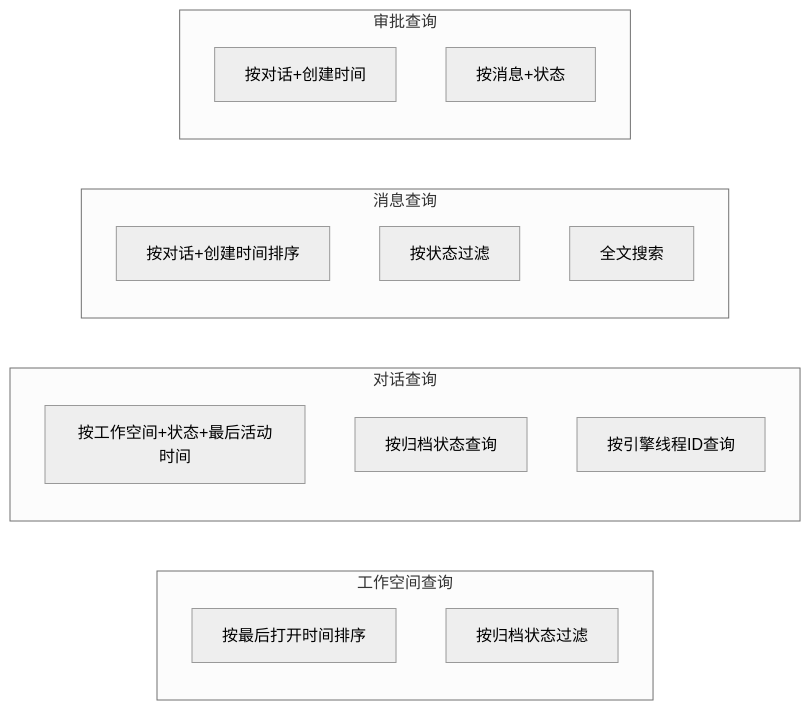
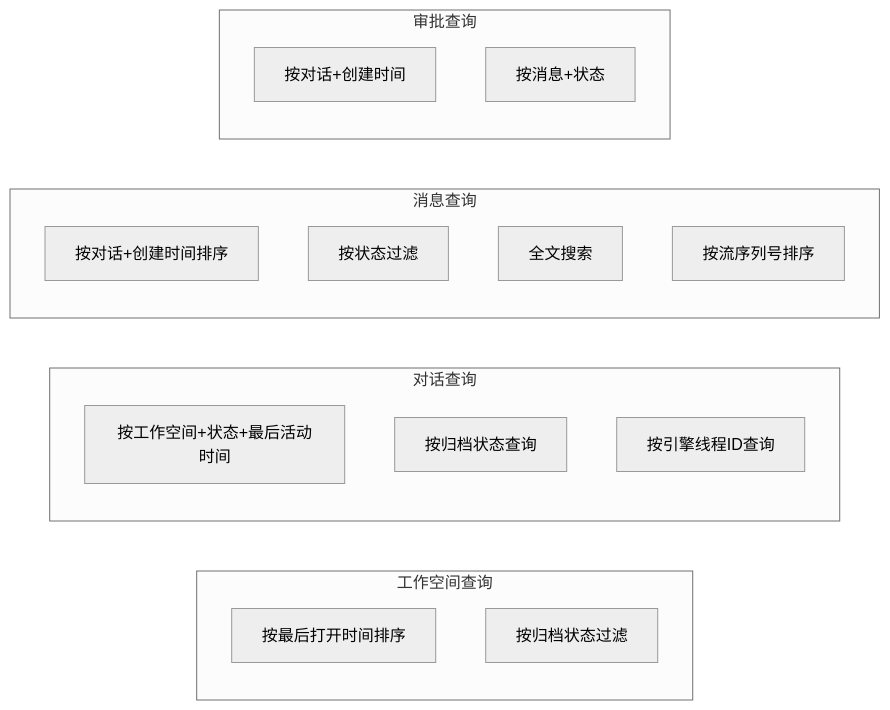
Before and after one commit to yattin/panes: diagram 11 of 11 in .qoder/repowiki/zh/content/架构设计/数据架构/数据架构.md, drawn with Mermaid (neutral theme). The commit also changed other lines of this file and 45 other files, not shown here.

````diff
--- a/.qoder/repowiki/zh/content/架构设计/数据架构/数据架构.md
+++ b/.qoder/repowiki/zh/content/架构设计/数据架构/数据架构.md
@@ -501,21 +578,22 @@
 ```mermaid
 graph LR
 subgraph "工作空间查询"
 WS1[按最后打开时间排序]
 WS2[按归档状态过滤]
 end
 subgraph "对话查询"
 TR1[按工作空间+状态+最后活动时间]
 TR2[按归档状态查询]
 TR3[按引擎线程ID查询]
 end
 subgraph "消息查询"
 MS1[按对话+创建时间排序]
 MS2[按状态过滤]
 MS3[全文搜索]
+MS4[按流序列号排序]
 end
 subgraph "审批查询"
 AP1[按对话+创建时间]
 AP2[按消息+状态]
 end
 ```
````
